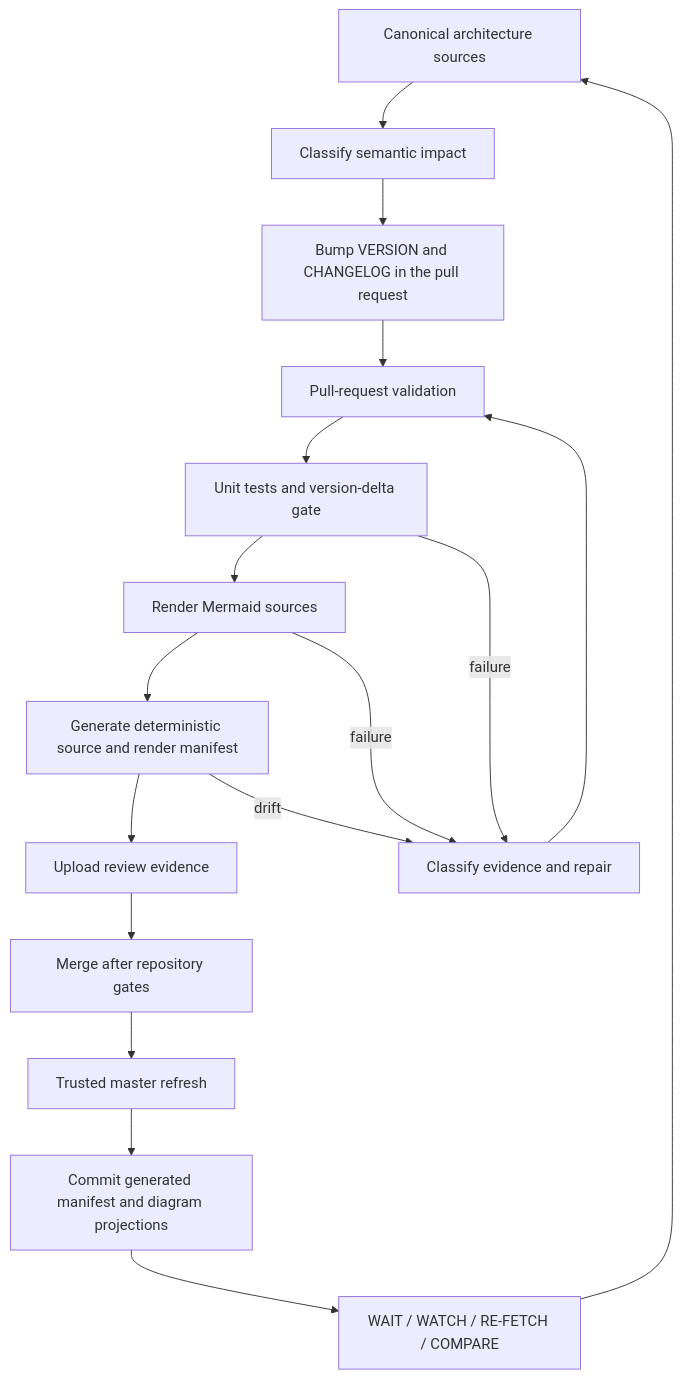
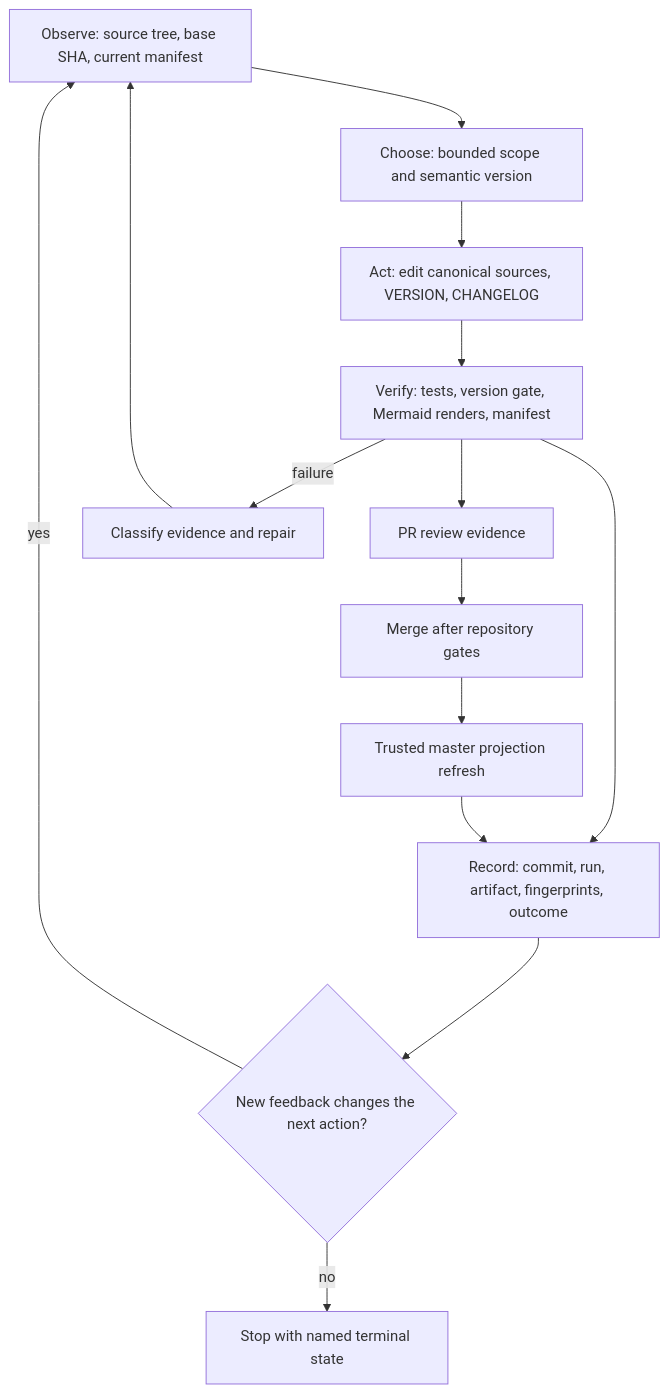
One commit to timerloggedout-spec/termux-monorepo changed the diagram in docs/architecture/flows/architecture-governance.mmd. Above: the diagram before and after it, drawn with Mermaid.

Commit message:
docs(architecture): align Mermaid governance loop with feedback contract

```diff
--- a/docs/architecture/flows/architecture-governance.mmd
+++ b/docs/architecture/flows/architecture-governance.mmd
@@ -1,17 +1,14 @@
 flowchart TD
-    A["Canonical architecture sources"] --> B["Classify semantic impact"]
-    B --> C["Bump VERSION and CHANGELOG in the pull request"]
-    C --> D["Pull-request validation"]
-    D --> E["Unit tests and version-delta gate"]
-    E --> F["Render Mermaid sources"]
-    F --> G["Generate deterministic source and render manifest"]
-    G --> H["Upload review evidence"]
-    H --> I["Merge after repository gates"]
-    I --> J["Trusted master refresh"]
-    J --> K["Commit generated manifest and diagram projections"]
-    K --> L["WAIT / WATCH / RE-FETCH / COMPARE"]
-    L --> A
-    E -->|failure| M["Classify evidence and repair"]
-    F -->|failure| M
-    G -->|drift| M
-    M --> D
+    O["Observe: source tree, base SHA, current manifest"] --> C["Choose: bounded scope and semantic version"]
+    C --> A["Act: edit canonical sources, VERSION, CHANGELOG"]
+    A --> V["Verify: tests, version gate, Mermaid renders, manifest"]
+    V --> R["Record: commit, run, artifact, fingerprints, outcome"]
+    R --> D{"New feedback changes the next action?"}
+    D -->|yes| O
+    D -->|no| T["Stop with named terminal state"]
+    V --> P["PR review evidence"]
+    P --> M["Merge after repository gates"]
+    M --> W["Trusted master projection refresh"]
+    W --> R
+    V -->|failure| F["Classify evidence and repair"]
+    F --> O
```
